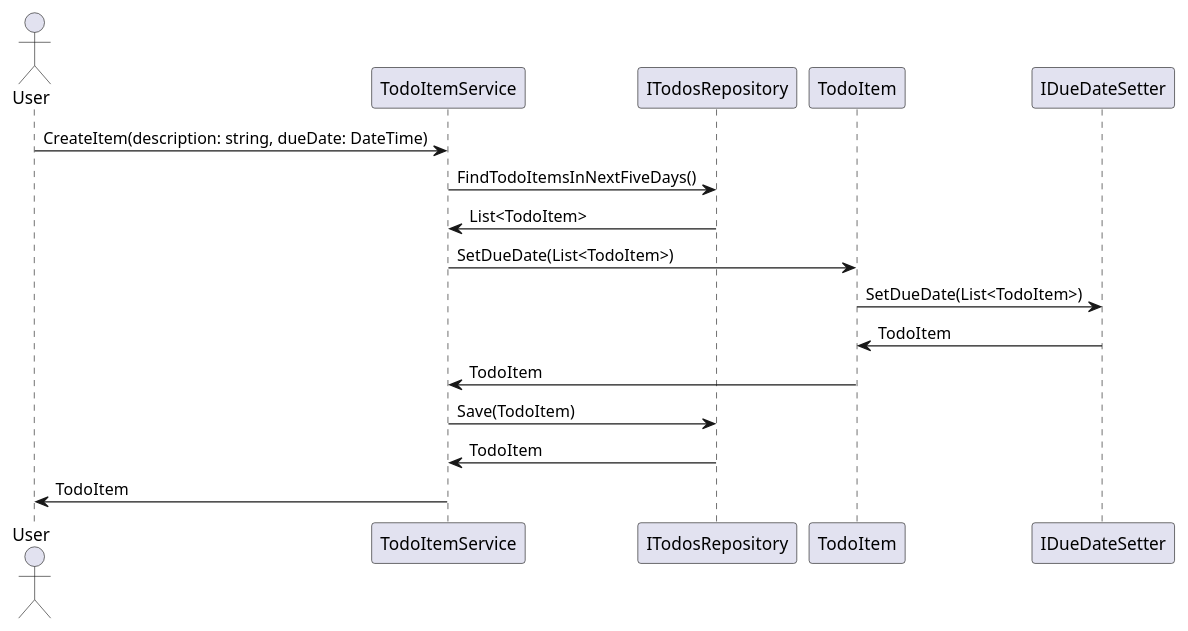
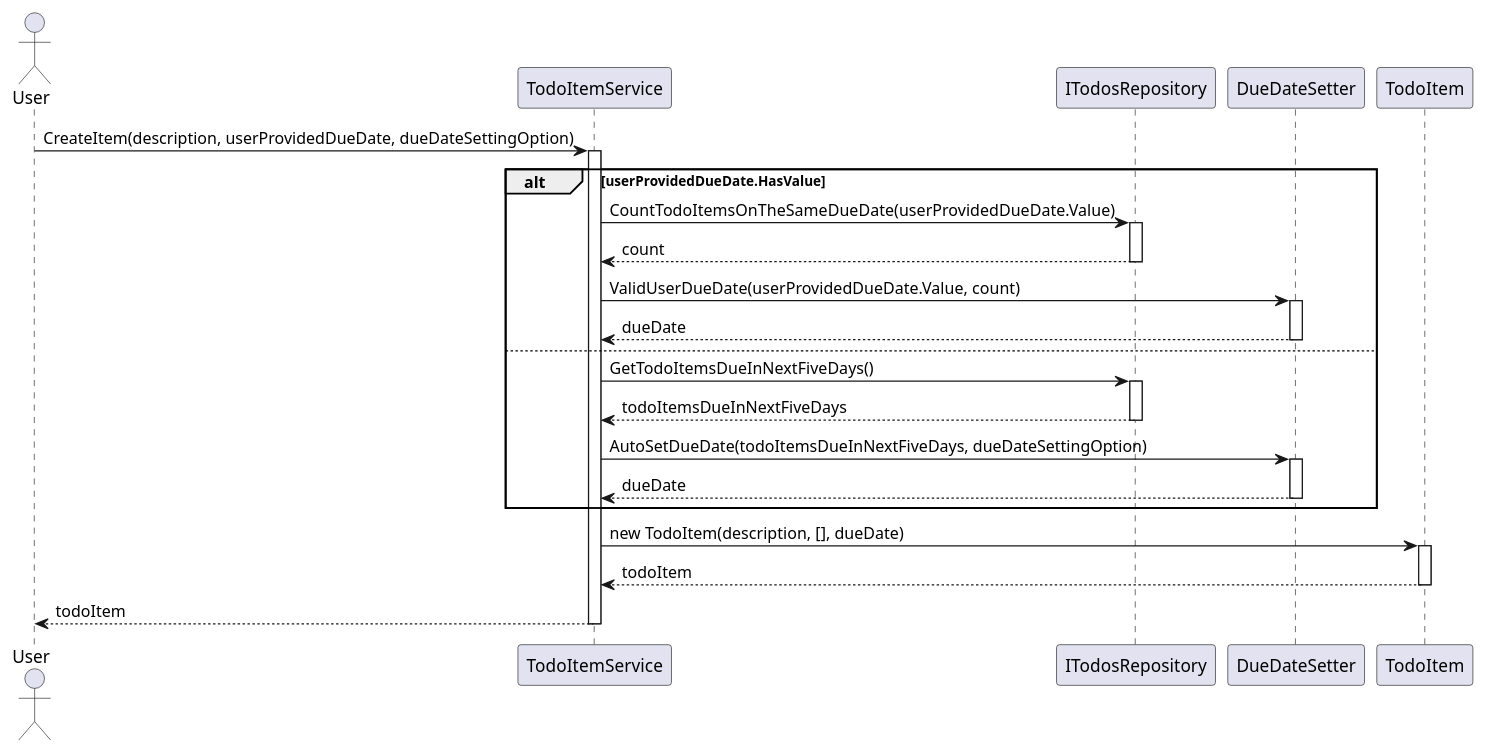
One commit to BGC-BootCamp-Team1/TodoItems changed the diagram in design/SequenceDiagram.puml. Above: the diagram before and after it, drawn with PlantUML. The commit also changed 4 other files, not shown here.

Commit message:
feat: update sequence diagram and class diagram

```diff
--- a/design/SequenceDiagram.puml
+++ b/design/SequenceDiagram.puml
@@ -1,21 +1,39 @@
 @startuml
 actor User
-participant TodoItemService
-participant ITodosRepository
-participant TodoItem
-participant IDueDateSetter
+participant "TodoItemService" as TIS
+participant "ITodosRepository" as TR
+participant "DueDateSetter" as DDS
+participant "TodoItem" as TI
 
-User -> TodoItemService: CreateItem(description: string, dueDate: DateTime)
-TodoItemService-> ITodosRepository: FindTodoItemsInNextFiveDays()
-TodoItemService<- ITodosRepository: List<TodoItem>
-TodoItemService-> TodoItem: SetDueDate(List<TodoItem>)
+User -> TIS: CreateItem(description, userProvidedDueDate, dueDateSettingOption)
+activate TIS
 
-TodoItem-> IDueDateSetter: SetDueDate(List<TodoItem>)
-TodoItem<- IDueDateSetter: TodoItem
-TodoItemService<- TodoItem: TodoItem
+alt userProvidedDueDate.HasValue
+    TIS -> TR : CountTodoItemsOnTheSameDueDate(userProvidedDueDate.Value)
+    activate TR
+    TR --> TIS : count
+    deactivate TR
 
-TodoItemService -> ITodosRepository: Save(TodoItem)
-TodoItemService <- ITodosRepository: TodoItem
-User <- TodoItemService: TodoItem
+    TIS -> DDS : ValidUserDueDate(userProvidedDueDate.Value, count)
+    activate DDS
+    DDS --> TIS : dueDate
+    deactivate DDS
+else
+    TIS -> TR : GetTodoItemsDueInNextFiveDays()
+    activate TR
+    TR --> TIS : todoItemsDueInNextFiveDays
+    deactivate TR
 
+    TIS -> DDS : AutoSetDueDate(todoItemsDueInNextFiveDays, dueDateSettingOption)
+    activate DDS
+    DDS --> TIS : dueDate
+    deactivate DDS
+end
+
+TIS -> TI : new TodoItem(description, [], dueDate)
+activate TI
+TI --> TIS: todoItem
+deactivate TI
+TIS --> User : todoItem
+deactivate TIS
 @enduml
```
